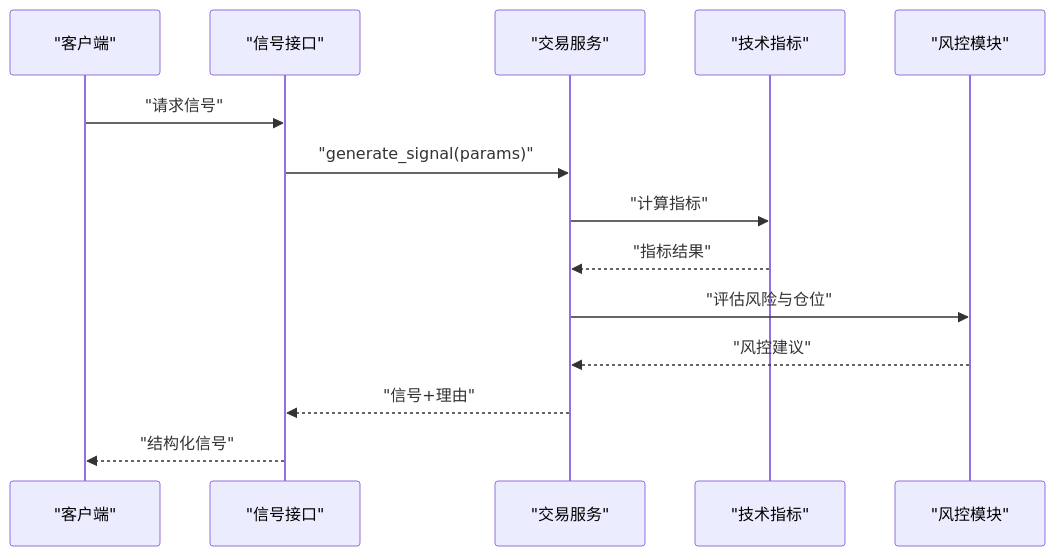
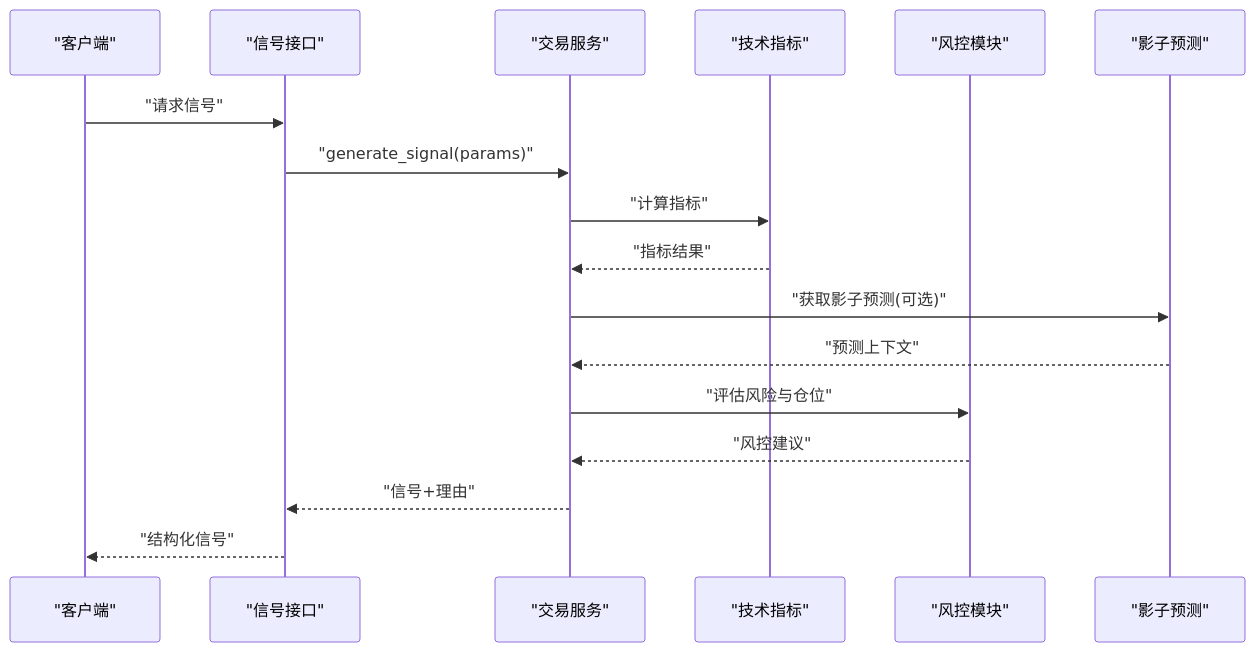
One commit to anYaoooo/daily_stock_analysis changed the ninth of 14 diagrams in .qoder/repowiki/zh/content/API参考文档/加密货币交易API.md. Above: the diagram before and after it, drawn with Mermaid. The commit also changed other lines of this file and 16 other files, not shown here.

````diff
--- a/.qoder/repowiki/zh/content/API参考文档/加密货币交易API.md
+++ b/.qoder/repowiki/zh/content/API参考文档/加密货币交易API.md
@@ -308,16 +401,19 @@
 ```mermaid
 sequenceDiagram
 participant Client as "客户端"
 participant API as "信号接口"
 participant Service as "交易服务"
 participant Tech as "技术指标"
 participant Risk as "风控模块"
+participant Shadow as "影子预测"
 Client->>API : "请求信号"
 API->>Service : "generate_signal(params)"
 Service->>Tech : "计算指标"
 Tech-->>Service : "指标结果"
+Service->>Shadow : "获取影子预测(可选)"
+Shadow-->>Service : "预测上下文"
 Service->>Risk : "评估风险与仓位"
 Risk-->>Service : "风控建议"
 Service-->>API : "信号+理由"
 API-->>Client : "结构化信号"
 ```
````
